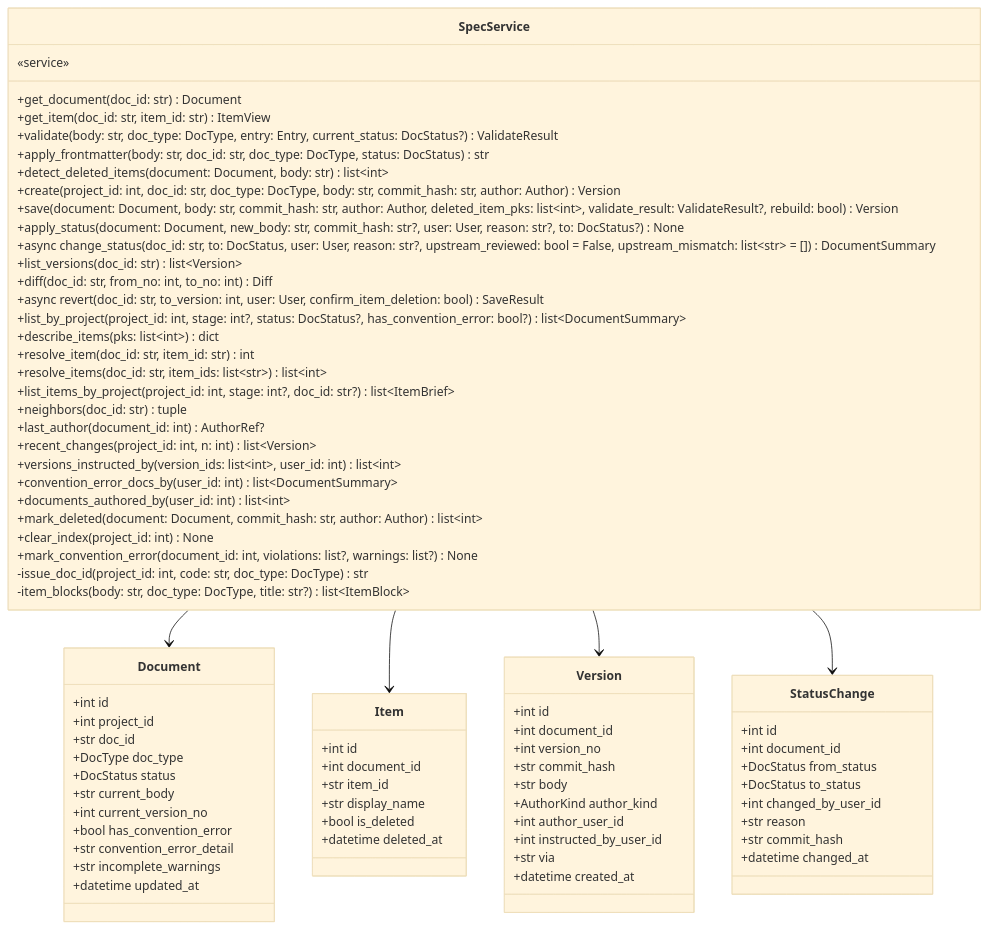
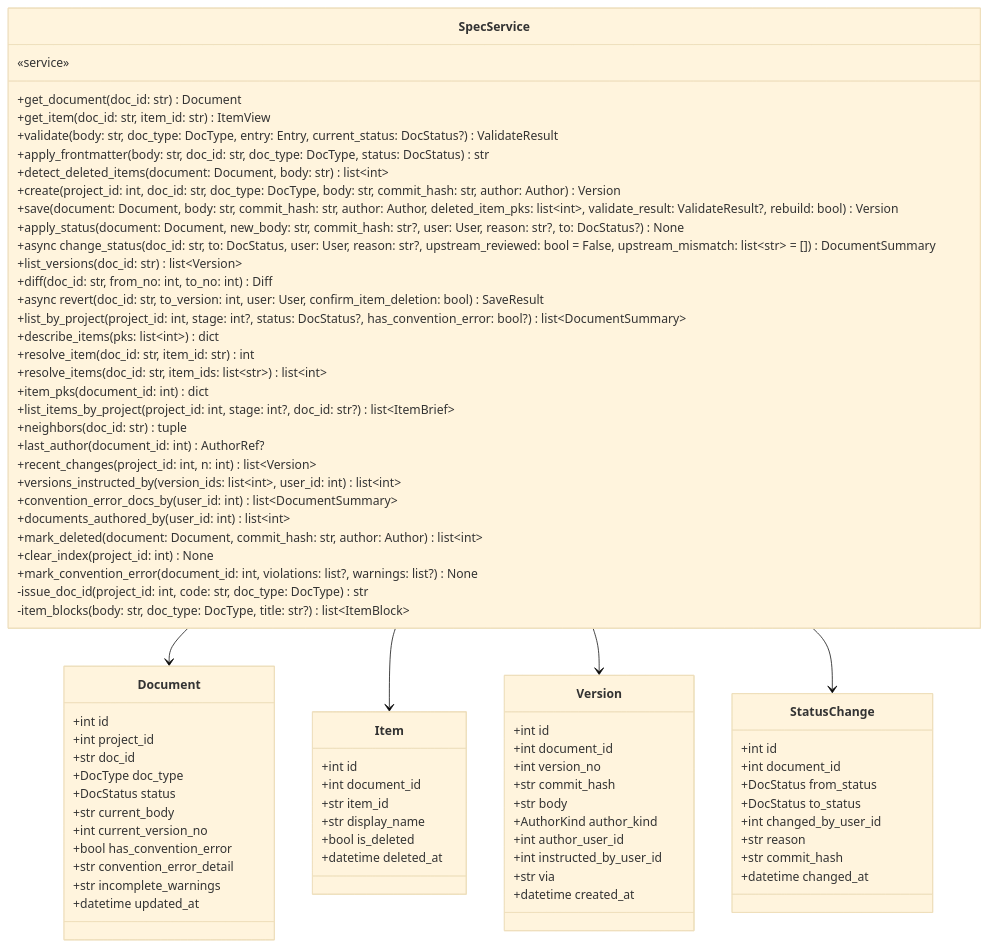
Diagram 16 of 20 in docs/specs/DOM/SYNC-DOM-002.md (HoyoungParkme/syncdoc), drawn with Mermaid (base theme) before and after one commit. The commit also changed other lines of this file, not shown here.

First line of the commit message:
spec(SYNC-DOM-002): Document DTO에 current_version_id, SpecService.item_pks

````diff
--- a/docs/specs/DOM/SYNC-DOM-002.md
+++ b/docs/specs/DOM/SYNC-DOM-002.md
@@ -540,81 +540,82 @@
 ```mermaid
 classDiagram
     class SpecService {
         «service»
         +get_document(doc_id: str) Document
         +get_item(doc_id: str, item_id: str) ItemView
         +validate(body: str, doc_type: DocType, entry: Entry, current_status: DocStatus?) ValidateResult
         +apply_frontmatter(body: str, doc_id: str, doc_type: DocType, status: DocStatus) str
         +detect_deleted_items(document: Document, body: str) list~int~
         +create(project_id: int, doc_id: str, doc_type: DocType, body: str, commit_hash: str, author: Author) Version
         +save(document: Document, body: str, commit_hash: str, author: Author, deleted_item_pks: list~int~, validate_result: ValidateResult?, rebuild: bool) Version
         +apply_status(document: Document, new_body: str, commit_hash: str?, user: User, reason: str?, to: DocStatus?) None
         +async change_status(doc_id: str, to: DocStatus, user: User, reason: str?, upstream_reviewed: bool = False, upstream_mismatch: list~str~ = []) DocumentSummary
         +list_versions(doc_id: str) list~Version~
         +diff(doc_id: str, from_no: int, to_no: int) Diff
         +async revert(doc_id: str, to_version: int, user: User, confirm_item_deletion: bool) SaveResult
         +list_by_project(project_id: int, stage: int?, status: DocStatus?, has_convention_error: bool?) list~DocumentSummary~
         +describe_items(pks: list~int~) dict
         +resolve_item(doc_id: str, item_id: str) int
         +resolve_items(doc_id: str, item_ids: list~str~) list~int~
+        +item_pks(document_id: int) dict
         +list_items_by_project(project_id: int, stage: int?, doc_id: str?) list~ItemBrief~
         +neighbors(doc_id: str) tuple
         +last_author(document_id: int) AuthorRef?
         +recent_changes(project_id: int, n: int) list~Version~
         +versions_instructed_by(version_ids: list~int~, user_id: int) list~int~
         +convention_error_docs_by(user_id: int) list~DocumentSummary~
         +documents_authored_by(user_id: int) list~int~
         +mark_deleted(document: Document, commit_hash: str, author: Author) list~int~
         +clear_index(project_id: int) None
         +mark_convention_error(document_id: int, violations: list?, warnings: list?) None
         -issue_doc_id(project_id: int, code: str, doc_type: DocType) str
         -item_blocks(body: str, doc_type: DocType, title: str?) list~ItemBlock~
     }
     class Document {
         +int id
         +int project_id
         +str doc_id
         +DocType doc_type
         +DocStatus status
         +str current_body
         +int current_version_no
         +bool has_convention_error
         +str convention_error_detail
         +str incomplete_warnings
         +datetime updated_at
     }
     class Item {
         +int id
         +int document_id
         +str item_id
         +str display_name
         +bool is_deleted
         +datetime deleted_at
     }
     class Version {
         +int id
         +int document_id
         +int version_no
         +str commit_hash
         +str body
         +AuthorKind author_kind
         +int author_user_id
         +int instructed_by_user_id
         +str via
         +datetime created_at
     }
     class StatusChange {
         +int id
         +int document_id
         +DocStatus from_status
         +DocStatus to_status
         +int changed_by_user_id
         +str reason
         +str commit_hash
         +datetime changed_at
     }
     SpecService --> Document
     SpecService --> Item
     SpecService --> Version
     SpecService --> StatusChange
 ```
````
